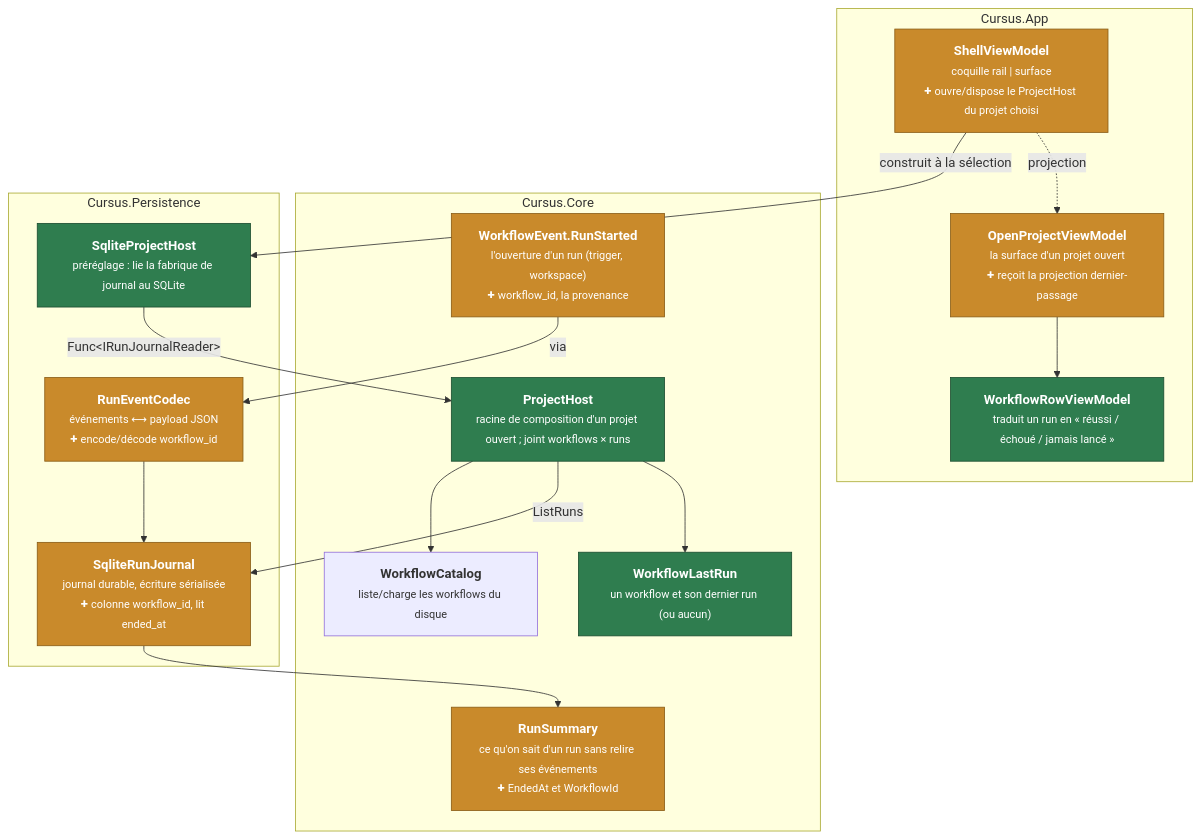
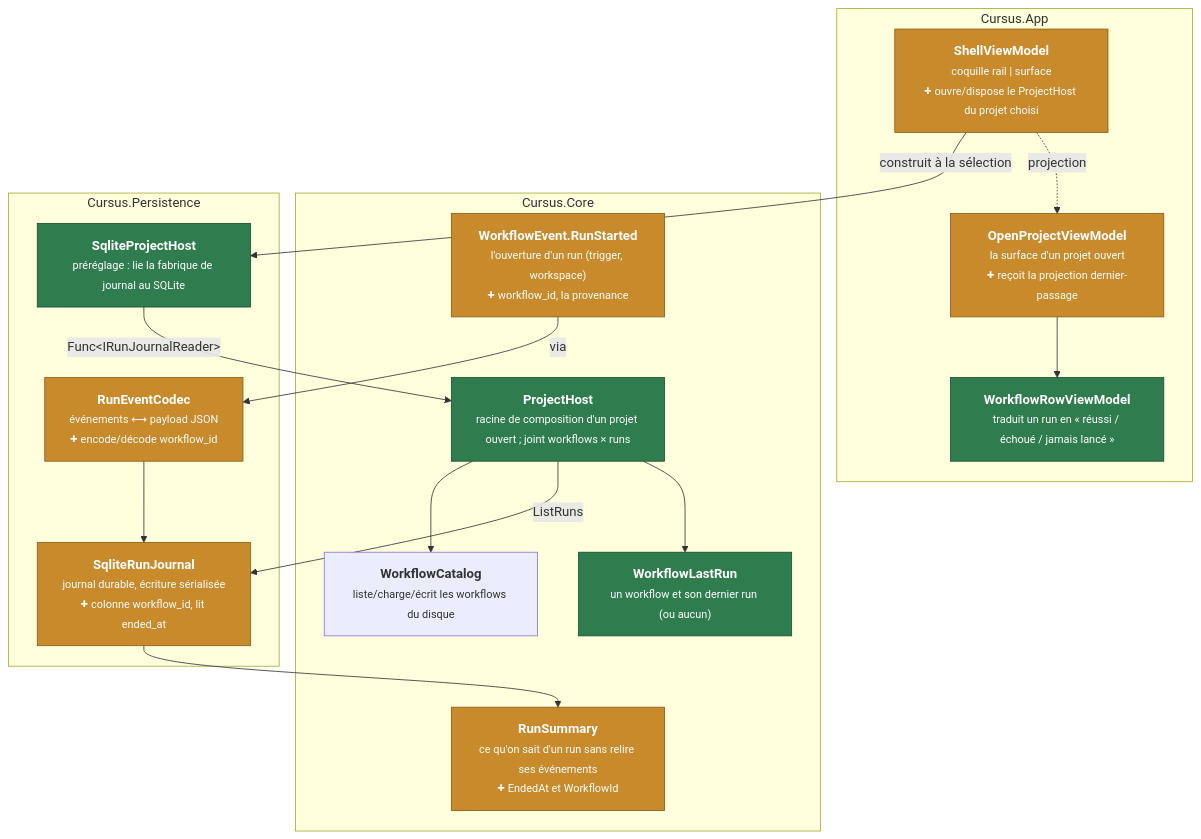
The tenth of 10 diagrams in docs/design/schemas.md (Apemb/Cursus), drawn with Mermaid before and after one commit. The commit also changed 6 other files, not shown here.

````diff
--- a/docs/design/schemas.md
+++ b/docs/design/schemas.md
@@ -471,36 +471,36 @@
 ```mermaid
 flowchart TB
   subgraph App["Cursus.App"]
     Shell["<b>ShellViewModel</b><br/><small>coquille rail | surface</small><br/><b>+</b> <small>ouvre/dispose le ProjectHost du projet choisi</small>"]
     OpenVM["<b>OpenProjectViewModel</b><br/><small>la surface d'un projet ouvert</small><br/><b>+</b> <small>reçoit la projection dernier-passage</small>"]
     RowVM["<b>WorkflowRowViewModel</b><br/><small>traduit un run en « réussi / échoué / jamais lancé »</small>"]
   end
   subgraph Core["Cursus.Core"]
     Host["<b>ProjectHost</b><br/><small>racine de composition d'un projet ouvert ; joint workflows × runs</small>"]
     LastRun["<b>WorkflowLastRun</b><br/><small>un workflow et son dernier run (ou aucun)</small>"]
-    Catalog["<b>WorkflowCatalog</b><br/><small>liste/charge les workflows du disque</small>"]
+    Catalog["<b>WorkflowCatalog</b><br/><small>liste/charge/écrit les workflows du disque</small>"]
     Summary["<b>RunSummary</b><br/><small>ce qu'on sait d'un run sans relire ses événements</small><br/><b>+</b> <small>EndedAt et WorkflowId</small>"]
     Started["<b>WorkflowEvent.RunStarted</b><br/><small>l'ouverture d'un run (trigger, workspace)</small><br/><b>+</b> <small>workflow_id, la provenance</small>"]
   end
   subgraph Persist["Cursus.Persistence"]
     Preset["<b>SqliteProjectHost</b><br/><small>préréglage : lie la fabrique de journal au SQLite</small>"]
     Journal["<b>SqliteRunJournal</b><br/><small>journal durable, écriture sérialisée</small><br/><b>+</b> <small>colonne workflow_id, lit ended_at</small>"]
     Codec["<b>RunEventCodec</b><br/><small>événements ⟷ payload JSON</small><br/><b>+</b> <small>encode/décode workflow_id</small>"]
   end
 
   Shell -->|"construit à la sélection"| Preset
   Preset -->|"Func&lt;IRunJournalReader&gt;"| Host
   Host --> Catalog
   Host -->|"ListRuns"| Journal
   Host --> LastRun
   Shell -.->|"projection"| OpenVM
   OpenVM --> RowVM
   Journal --> Summary
   Started -->|"via"| Codec
   Codec --> Journal
 
   classDef added fill:#2f7d4f,stroke:#1c4d30,color:#fff;
   classDef changed fill:#c98a2b,stroke:#8a5d16,color:#fff;
   class Host,LastRun,Preset,RowVM added;
   class Summary,Started,Codec,Journal,OpenVM,Shell changed;
 ```
````
